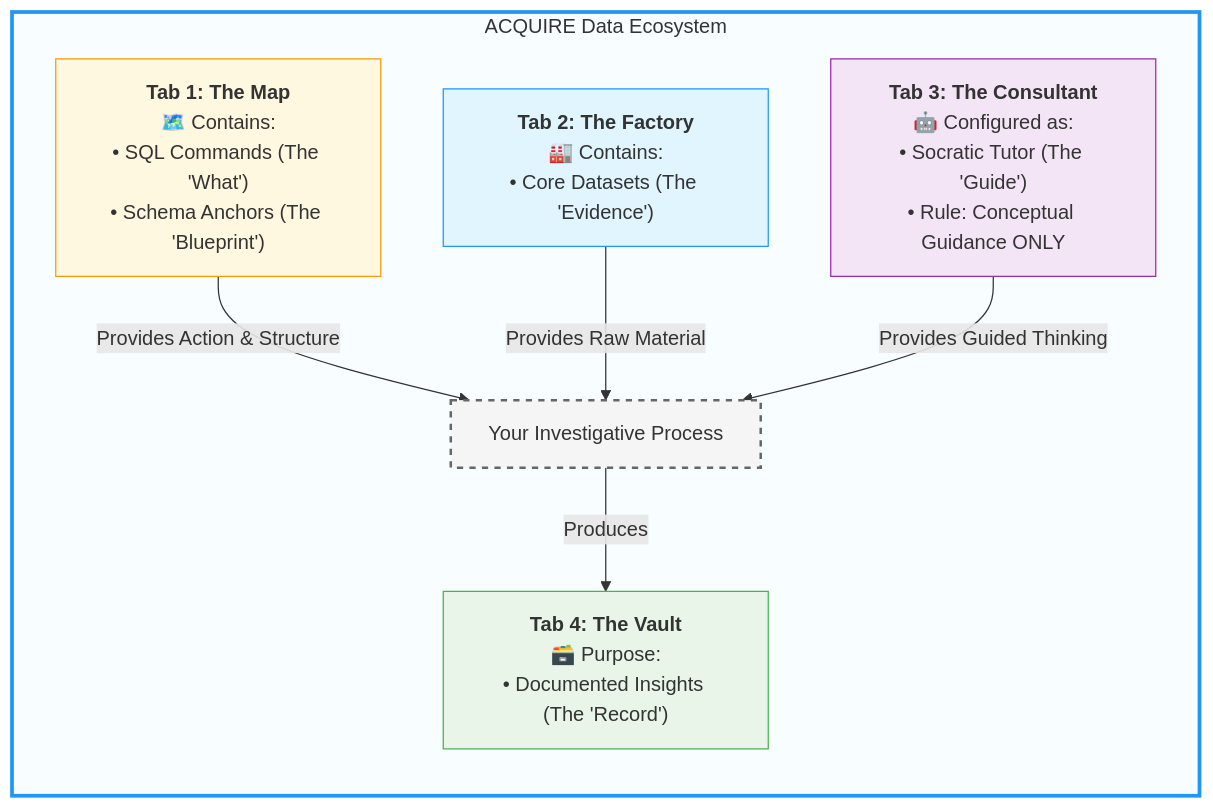
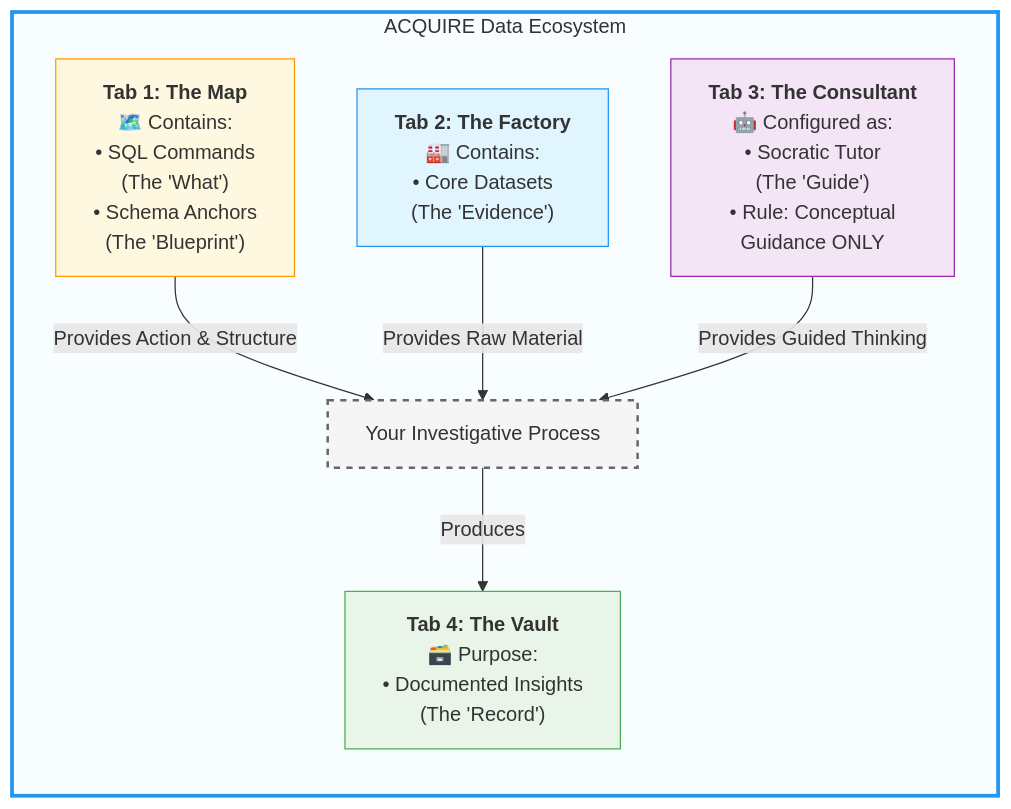
One commit to uniqueumamaheswari-universe/SQLVerse changed the second of 6 diagrams in Level-1-beginner/Guides/Section1-ACQUIRE/2_Database_Ecosystem.md. Above: the diagram before and after it, drawn with Mermaid. The commit also changed other lines of this file, not shown here.

````diff
--- a/Level-1-beginner/Guides/Section1-ACQUIRE/2_Database_Ecosystem.md
+++ b/Level-1-beginner/Guides/Section1-ACQUIRE/2_Database_Ecosystem.md
@@ -56,23 +55,23 @@
 ```mermaid
 flowchart TD
     subgraph ECOSYSTEM[ACQUIRE Data Ecosystem]
         direction TB
 
-        MAP["<b>Tab 1: The Map</b><br/>🗺️ Contains:<br/>• SQL Commands (The 'What')<br/>• Schema Anchors (The 'Blueprint')"]
-        FACTORY["<b>Tab 2: The Factory</b><br/>🏭 Contains:<br/>• Core Datasets (The 'Evidence')"]
-        CONSULTANT["<b>Tab 3: The Consultant</b><br/>🤖 Configured as:<br/>• Socratic Tutor (The 'Guide')<br/>• Rule: Conceptual Guidance ONLY"]
-        VAULT["<b>Tab 4: The Vault</b><br/>🗃️ Purpose:<br/>• Documented Insights (The 'Record')"]
+        MAP["<b>Tab 1: The Map</b><br/>🗺️ Contains:<br/>• SQL Commands<br/>  (The 'What')<br/>• Schema Anchors<br/>  (The 'Blueprint')"]
+        FACTORY["<b>Tab 2: The Factory</b><br/>🏭 Contains:<br/>• Core Datasets<br/>  (The 'Evidence')"]
+        CONSULTANT["<b>Tab 3: The Consultant</b><br/>🤖 Configured as:<br/>• Socratic Tutor<br/>  (The 'Guide')<br/>• Rule: Conceptual<br/>  Guidance ONLY"]
+        VAULT["<b>Tab 4: The Vault</b><br/>🗃️ Purpose:<br/>• Documented Insights<br/>  (The 'Record')"]
 
         MAP -- "Provides Action & Structure" --> PROCESS[Your Investigative Process]
         FACTORY -- "Provides Raw Material" --> PROCESS
         CONSULTANT -- "Provides Guided Thinking" --> PROCESS
         PROCESS -- "Produces" --> VAULT
     end
     
     style ECOSYSTEM fill:#f8fdff,stroke:#2196f3,stroke-width:3px
     style MAP fill:#fff8e1,stroke:#ff9800
     style FACTORY fill:#e1f5fe,stroke:#2196f3
     style CONSULTANT fill:#f3e5f5,stroke:#9c27b0
     style VAULT fill:#e8f5e8,stroke:#4caf50
     style PROCESS fill:#f5f5f5,stroke:#666,stroke-width:2px,stroke-dasharray: 5 5
 ```
````
